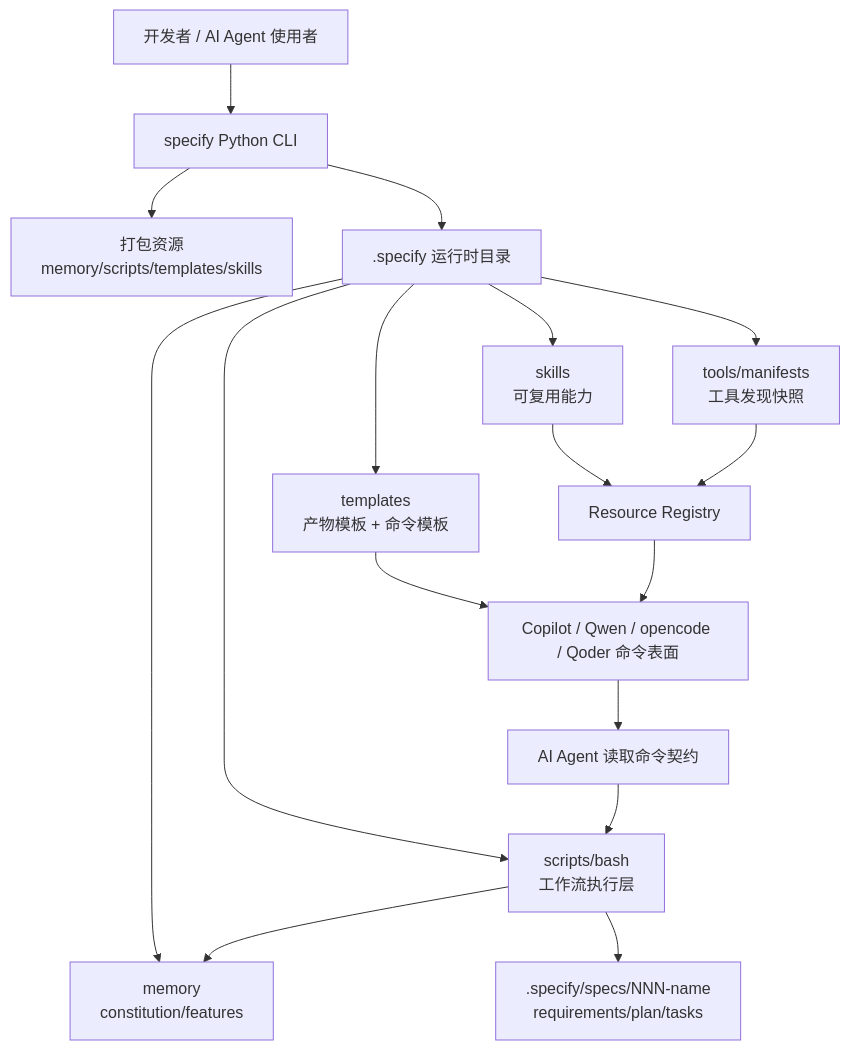
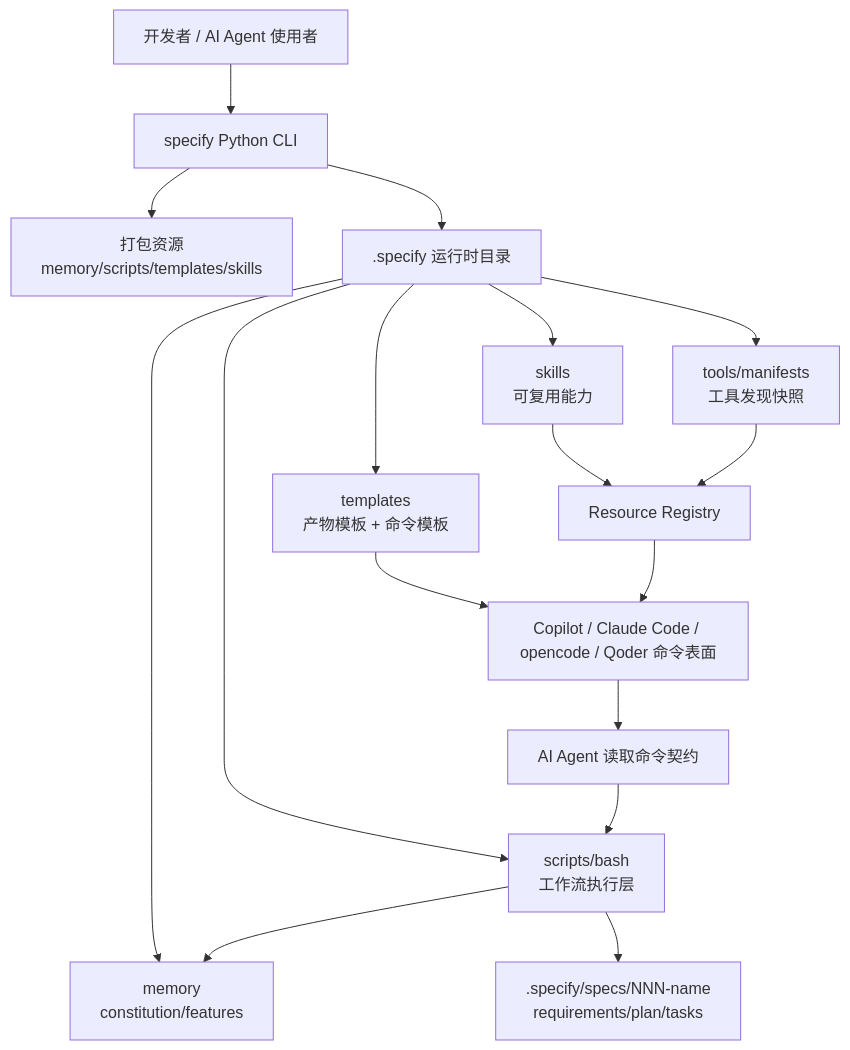
One commit to cloud-native-ai/spec-kit changed the first of 7 diagrams in docs/concepts/overview.md. Above: the diagram before and after it, drawn with Mermaid. The commit also changed other lines of this file and 215 other files, not shown here.

First line of the commit message:
feat(tools-support): drop qwen/iflow, demote copilot to Tier 2, fix plantuml rendering

````diff
--- a/docs/concepts/overview.md
+++ b/docs/concepts/overview.md
@@ -77,22 +77,22 @@
 ```mermaid
 flowchart TD
     U[开发者 / AI Agent 使用者] --> CLI[specify Python CLI]
     CLI --> PKG[打包资源\nmemory/scripts/templates/skills]
     CLI --> RUNTIME[.specify 运行时目录]
 
     RUNTIME --> MEM[memory\nconstitution/features]
     RUNTIME --> TPL[templates\n产物模板 + 命令模板]
     RUNTIME --> SCRIPTS[scripts/bash\n工作流执行层]
     RUNTIME --> SKILLS[skills\n可复用能力]
     RUNTIME --> TOOLS[tools/manifests\n工具发现快照]
 
-    TPL --> AGENTS[Copilot / Qwen / opencode / Qoder 命令表面]
+    TPL --> AGENTS[Copilot / Claude Code / opencode / Qoder 命令表面]
     AGENTS --> LLM[AI Agent 读取命令契约]
     LLM --> SCRIPTS
     SCRIPTS --> SPECS[.specify/specs/NNN-name\nrequirements/plan/tasks]
     SCRIPTS --> MEM
 
     SKILLS --> REG[Resource Registry]
     TOOLS --> REG
     REG --> AGENTS
 ```
````
